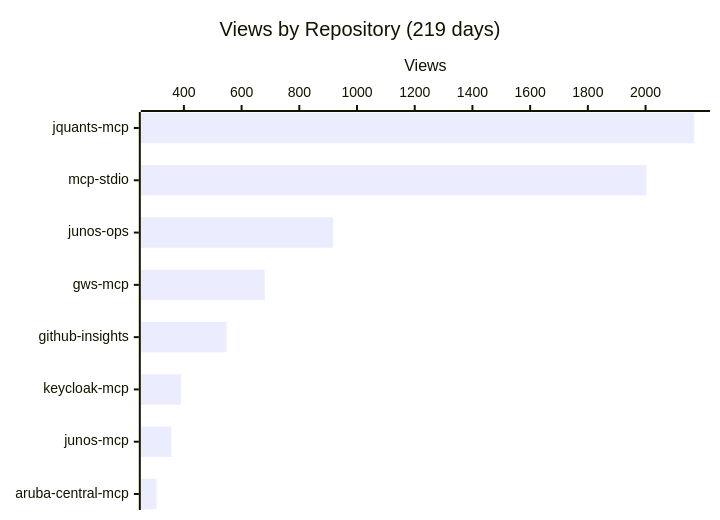
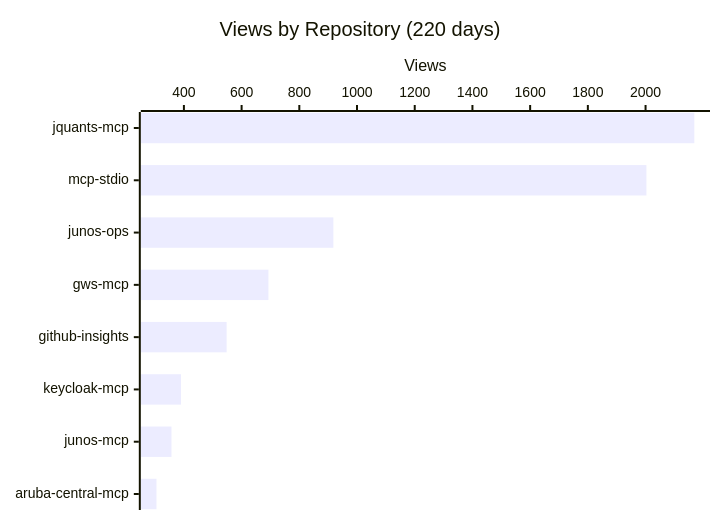
One commit to shigechika/github-insights changed the first of 4 diagrams in README.md. Above: the diagram before and after it, drawn with Mermaid. The commit also changed other lines of this file and 2 other files, not shown here.

````diff
--- a/README.md
+++ b/README.md
@@ -18,7 +18,7 @@
 ```mermaid
 xychart-beta horizontal
-    title "Views by Repository (219 days)"
+    title "Views by Repository (220 days)"
     x-axis ["jquants-mcp", "mcp-stdio", "junos-ops", "gws-mcp", "github-insights", "keycloak-mcp", "junos-mcp", "aruba-central-mcp"]
     y-axis "Views"
-    bar [2169, 2003, 917, 680, 548, 390, 357, 305]
+    bar [2169, 2003, 918, 693, 548, 390, 357, 305]
 ```
````
